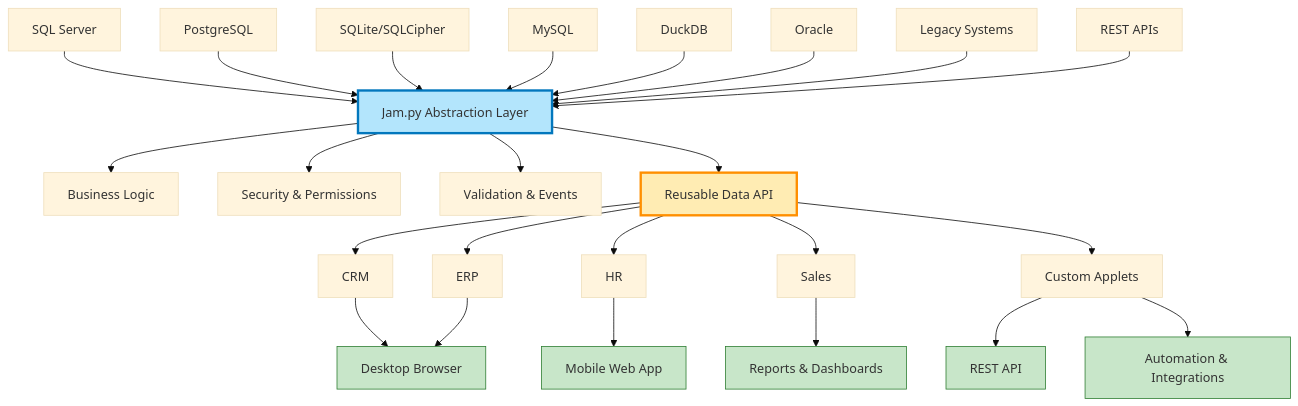
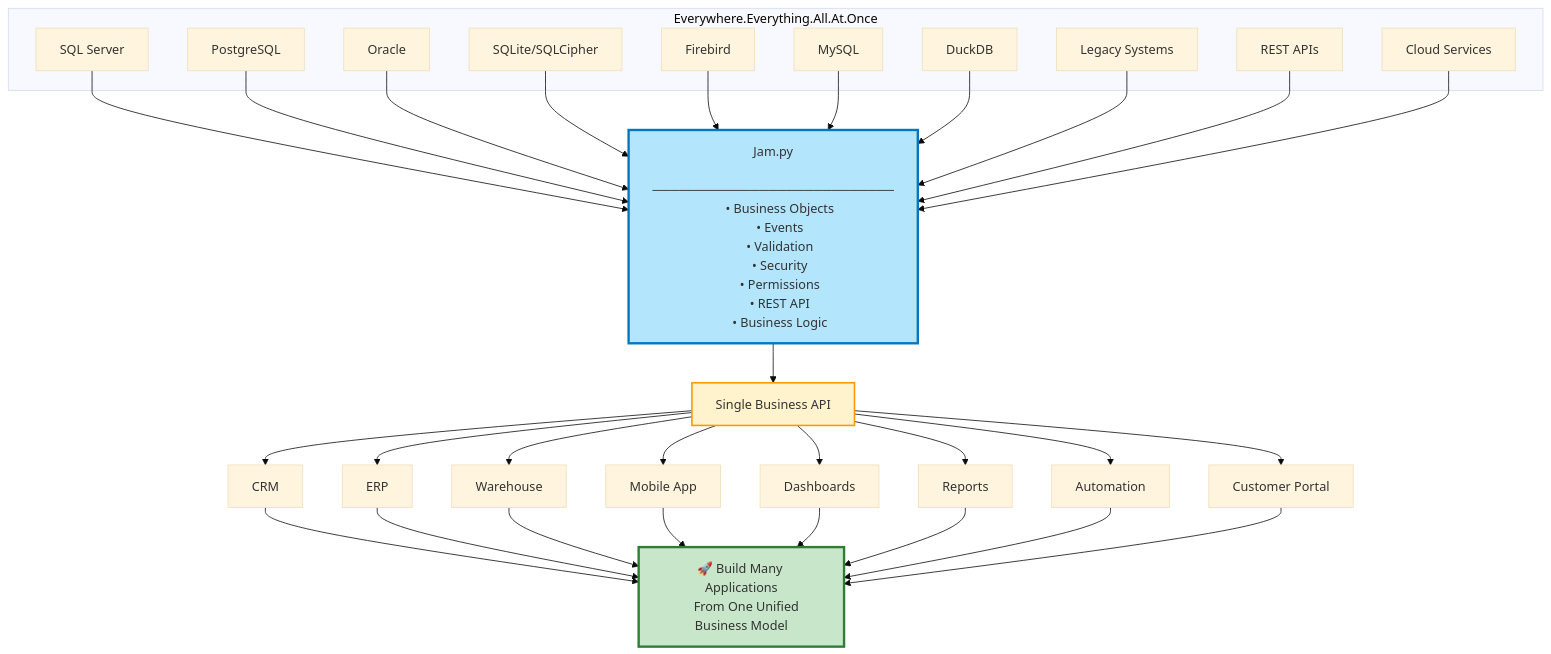
One commit to Nurb4000/jam-py-v7 changed the diagram in README.md. Above: the diagram before and after it, drawn with Mermaid (base theme).

````diff
--- a/README.md
+++ b/README.md
@@ -15,72 +15,64 @@
 ```mermaid
 flowchart TD
-    %% Data sources
-    A1[SQL Server]
-    A2[PostgreSQL]
-    A3[SQLite/SQLCipher]
-    A4[MySQL]
-    A5[DuckDB]
-    A6[Oracle]
-    A7[Legacy Systems]
-    A8[REST APIs]
 
-    %% Jam.py core
-    B[Jam.py Abstraction Layer]
+    subgraph DATA["Everywhere.Everything.All.At.Once"]
+        A1["SQL Server"]
+        A2["PostgreSQL"]
+        A3["Oracle"]
+        A4["SQLite/SQLCipher"]
+        A5["Firebird"]
+        A6["MySQL"]
+        A7["DuckDB"]
+        A8["Legacy Systems"]
+        A9["REST APIs"]
+        A10["Cloud Services"]
+    end
 
-    %% Core services
-    C1[Business Logic]
-    C2[Security & Permissions]
-    C3[Validation & Events]
-    C4[Reusable Data API]
+    A1 --> J
+    A2 --> J
+    A3 --> J
+    A4 --> J
+    A5 --> J
+    A6 --> J
+    A7 --> J
+    A8 --> J
+    A9 --> J
+    A10 --> J
 
-    %% Applications
-    D1[CRM]
-    D2[ERP]
-    D3[HR]
-    D4[Sales]
-    D5[Custom Applets]
+    J["Jam.py
+    ───────────────────────────
+    • Business Objects
+    • Events
+    • Validation
+    • Security
+    • Permissions
+    • REST API
+    • Business Logic"]
 
-    %% Delivery channels
-    E1[Desktop Browser]
-    E2[Mobile Web App]
-    E3[REST API]
-    E4[Reports & Dashboards]
-    E5[Automation & Integrations]
+    J --> API["Single Business API"]
 
-    %% Connections
-    A1 --> B
-    A2 --> B
-    A3 --> B
-    A4 --> B
-    A5 --> B
-    A6 --> B
-    A7 --> B
-    A8 --> B
+    API --> APP1["CRM"]
+    API --> APP2["ERP"]
+    API --> APP3["Warehouse"]
+    API --> APP4["Mobile App"]
+    API --> APP5["Dashboards"]
+    API --> APP6["Reports"]
+    API --> APP7["Automation"]
+    API --> APP8["Customer Portal"]
 
-    B --> C1
-    B --> C2
-    B --> C3
-    B --> C4
+    APP1 --> VALUE
+    APP2 --> VALUE
+    APP3 --> VALUE
+    APP4 --> VALUE
+    APP5 --> VALUE
+    APP6 --> VALUE
+    APP7 --> VALUE
+    APP8 --> VALUE
 
-    C4 --> D1
-    C4 --> D2
-    C4 --> D3
-    C4 --> D4
-    C4 --> D5
+    VALUE["🚀 Build Many Applications
+    From One Unified Business Model"]
 
-    D1 --> E1
-    D2 --> E1
-    D3 --> E2
-    D4 --> E4
-    D5 --> E3
-    D5 --> E5
-
-    %% Styling
-    style B fill:#b3e5fc,stroke:#0277bd,stroke-width:3px
-    style C4 fill:#ffecb3,stroke:#ff8f00,stroke-width:3px
-    style E1 fill:#c8e6c9,stroke:#2e7d32
-    style E2 fill:#c8e6c9,stroke:#2e7d32
-    style E3 fill:#c8e6c9,stroke:#2e7d32
-    style E4 fill:#c8e6c9,stroke:#2e7d32
-    style E5 fill:#c8e6c9,stroke:#2e7d32
+    style J fill:#b3e5fc,stroke:#0277bd,stroke-width:3px
+    style API fill:#fff3cd,stroke:#ff9800,stroke-width:2px
+    style VALUE fill:#c8e6c9,stroke:#2e7d32,stroke-width:3px
 ```
````
